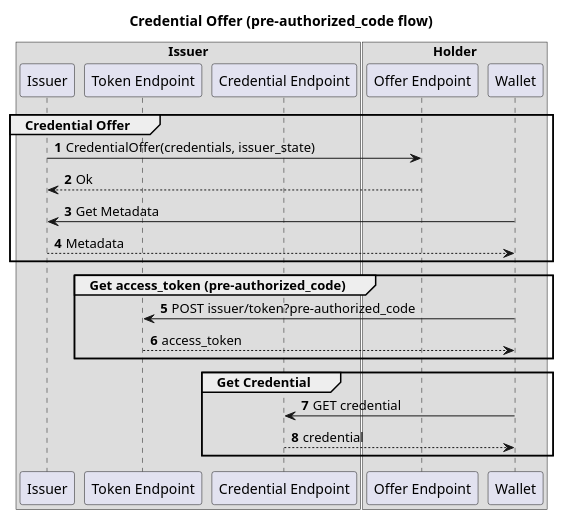
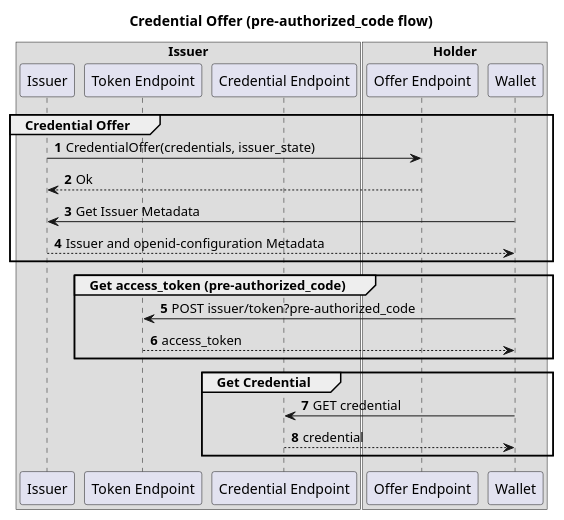
Before and after one commit to nuts-foundation/nuts-node: the diagram in auth/oidc4vci/flow-final.puml, drawn with PlantUML. The commit also changed 2 other files, not shown here.

```diff
--- a/auth/oidc4vci/flow-final.puml
+++ b/auth/oidc4vci/flow-final.puml
@@ -1,38 +1,38 @@
 @startuml
 'https://plantuml.com/sequence-diagram
 
 title Credential Offer (pre-authorized_code flow)
 
 autonumber
 
 box Issuer
     participant Issuer
     participant "Token Endpoint" as TokenEP
     participant "Credential Endpoint" as CredentialEP
 end box
 
 box Holder
     participant "Offer Endpoint" as OfferEP
     participant Wallet
 end box
 
 group Credential Offer
     Issuer -> OfferEP: CredentialOffer(credentials, issuer_state)
     OfferEP --> Issuer: Ok
-    Wallet -> Issuer: Get Metadata
-    Issuer --> Wallet: Metadata
+    Wallet -> Issuer: Get Issuer Metadata
+    Issuer --> Wallet: Issuer and openid-configuration Metadata
 end
 
 group  Get access_token (pre-authorized_code)
     Wallet -> TokenEP: POST issuer/token?pre-authorized_code
     TokenEP --> Wallet: access_token
 end
 
 group Get Credential
     Wallet -> CredentialEP: GET credential
     CredentialEP --> Wallet: credential
 end
 
 
 
 @enduml
```
